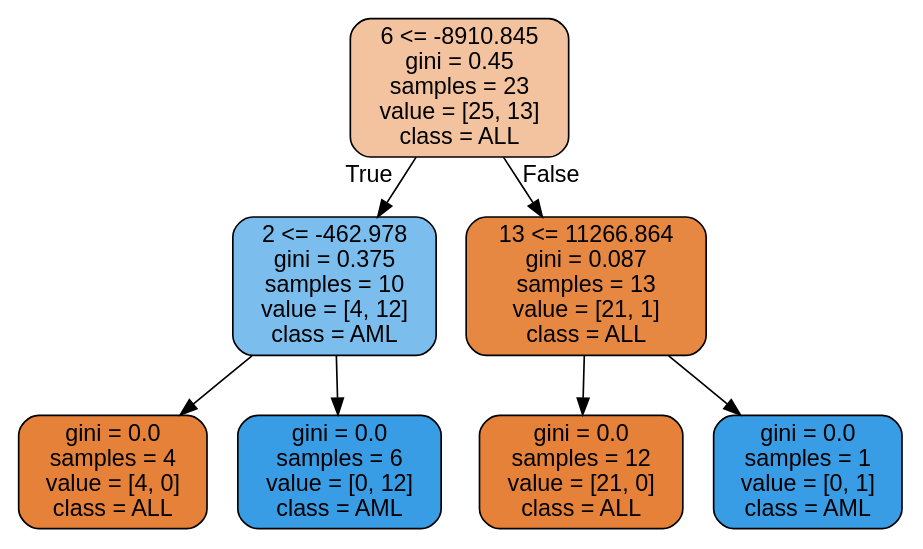
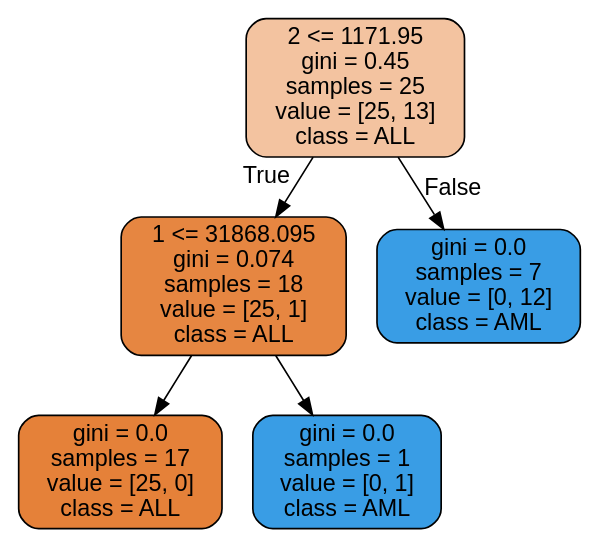
The diagram in project/images/random_forrest.dot (CornelisseMichael/Datamining), drawn with Graphviz before and after one commit. The commit also changed 4 other files, not shown here.

```diff
--- a/project/images/random_forrest.dot
+++ b/project/images/random_forrest.dot
@@ -1,17 +1,13 @@
 digraph Tree {
 node [shape=box, style="filled, rounded", color="black", fontname=helvetica] ;
 edge [fontname=helvetica] ;
-0 [label="6 <= -8910.845\ngini = 0.45\nsamples = 23\nvalue = [25, 13]\nclass = ALL", fillcolor="#f3c3a0"] ;
-1 [label="2 <= -462.978\ngini = 0.375\nsamples = 10\nvalue = [4, 12]\nclass = AML", fillcolor="#7bbeee"] ;
+0 [label="2 <= 1171.95\ngini = 0.45\nsamples = 25\nvalue = [25, 13]\nclass = ALL", fillcolor="#f3c3a0"] ;
+1 [label="1 <= 31868.095\ngini = 0.074\nsamples = 18\nvalue = [25, 1]\nclass = ALL", fillcolor="#e68641"] ;
 0 -> 1 [labeldistance=2.5, labelangle=45, headlabel="True"] ;
-2 [label="gini = 0.0\nsamples = 4\nvalue = [4, 0]\nclass = ALL", fillcolor="#e58139"] ;
+2 [label="gini = 0.0\nsamples = 17\nvalue = [25, 0]\nclass = ALL", fillcolor="#e58139"] ;
 1 -> 2 ;
-3 [label="gini = 0.0\nsamples = 6\nvalue = [0, 12]\nclass = AML", fillcolor="#399de5"] ;
+3 [label="gini = 0.0\nsamples = 1\nvalue = [0, 1]\nclass = AML", fillcolor="#399de5"] ;
 1 -> 3 ;
-4 [label="13 <= 11266.864\ngini = 0.087\nsamples = 13\nvalue = [21, 1]\nclass = ALL", fillcolor="#e68742"] ;
+4 [label="gini = 0.0\nsamples = 7\nvalue = [0, 12]\nclass = AML", fillcolor="#399de5"] ;
 0 -> 4 [labeldistance=2.5, labelangle=-45, headlabel="False"] ;
-5 [label="gini = 0.0\nsamples = 12\nvalue = [21, 0]\nclass = ALL", fillcolor="#e58139"] ;
-4 -> 5 ;
-6 [label="gini = 0.0\nsamples = 1\nvalue = [0, 1]\nclass = AML", fillcolor="#399de5"] ;
-4 -> 6 ;
 }
```
